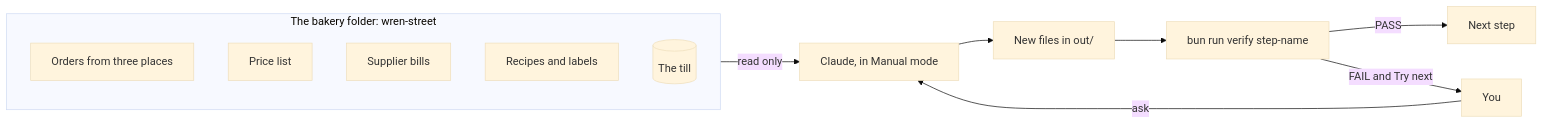
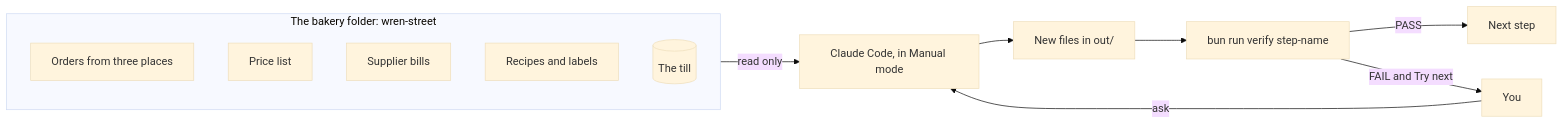
One commit to learnwithparam/claude-code-for-everyone changed the diagram in README.md. Above: the diagram before and after it, drawn with Mermaid (base theme). The commit also changed other lines of this file and 146 other files, not shown here.

First line of the commit message:
Run the course on the real Claude Code, not the model API (#2)

````diff
--- a/README.md
+++ b/README.md
@@ -39,16 +47,16 @@
 ```mermaid
 flowchart LR
   subgraph Bakery[The bakery folder: wren-street]
     O[Orders from three places]
     P[Price list]
     I[Supplier bills]
     R[Recipes and labels]
     T[(The till)]
   end
-  You[You] -->|ask| C[Claude, in Manual mode]
+  You[You] -->|ask| C[Claude Code, in Manual mode]
   Bakery -->|read only| C
   C --> Out[New files in out/]
   Out --> V[bun run verify step-name]
   V -->|PASS| Next[Next step]
   V -->|FAIL and Try next| You
 ```
````
